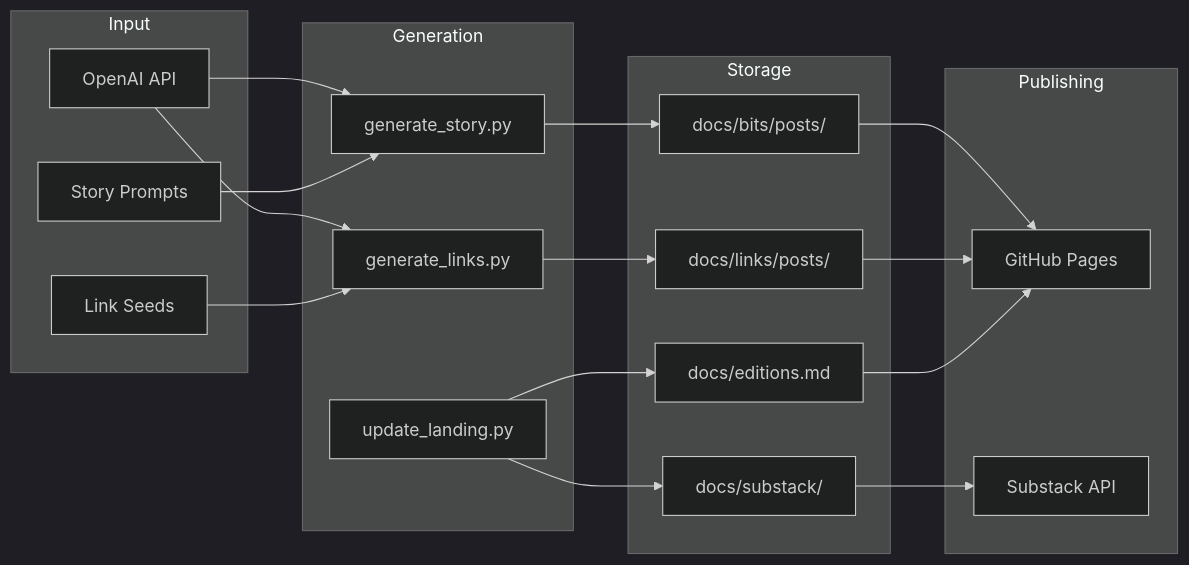
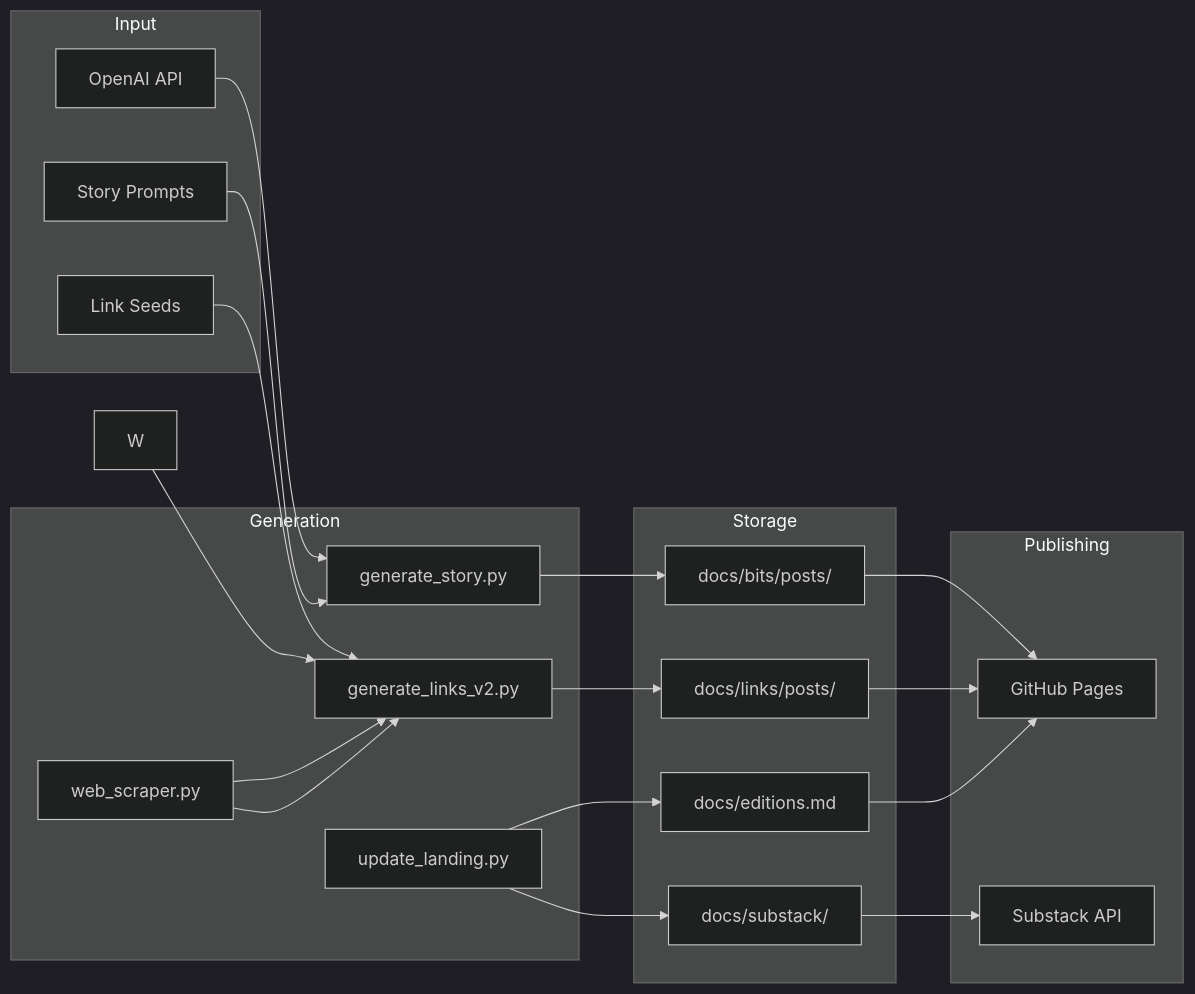
One commit to obscurebit/b1ts changed the second of 7 diagrams in SYSTEM_DESIGN.md. Above: the diagram before and after it, drawn with Mermaid (dark theme). The commit also changed other lines of this file and 28 other files, not shown here.

````diff
--- a/SYSTEM_DESIGN.md
+++ b/SYSTEM_DESIGN.md
@@ -47,39 +48,43 @@
 ```mermaid
 flowchart LR
     subgraph "Input"
         A1[OpenAI API]
         A2[Story Prompts]
         A3[Link Seeds]
     end
     
     subgraph "Generation"
         B1[generate_story.py]
-        B2[generate_links.py]
+        B2[generate_links_v2.py]
         B3[update_landing.py]
+        WS[web_scraper.py]
     end
+    
+    WS --> B2
     
     subgraph "Storage"
         C1[docs/bits/posts/]
         C2[docs/links/posts/]
         C3[docs/editions.md]
         C4[docs/substack/]
     end
     
     subgraph "Publishing"
         D1[GitHub Pages]
         D2[Substack API]
     end
     
     A1 --> B1
     A2 --> B1
-    A1 --> B2
+    W --> B2
     A3 --> B2
+    WS --> B2
     B1 --> C1
     B2 --> C2
     B3 --> C3
     B3 --> C4
     C1 --> D1
     C2 --> D1
     C3 --> D1
     C4 --> D2
 ```
````
